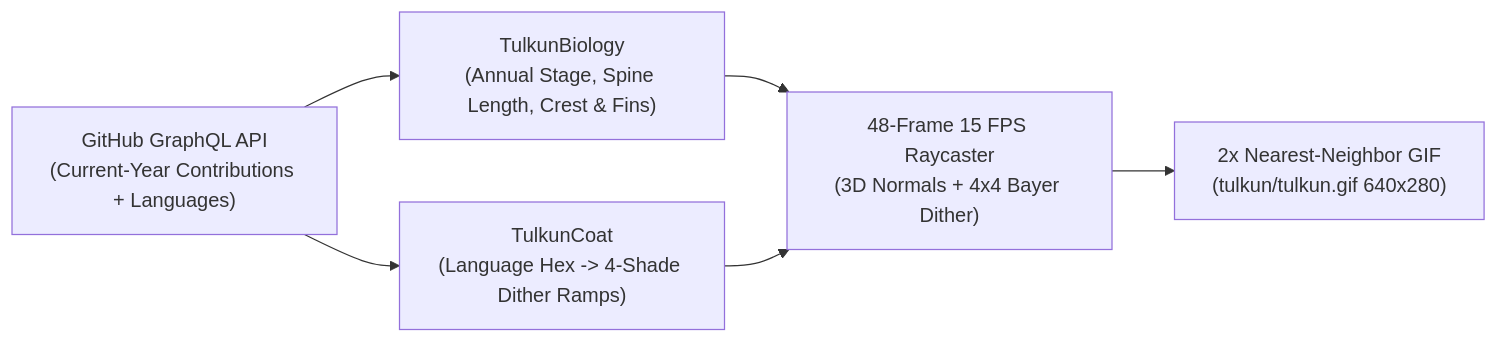
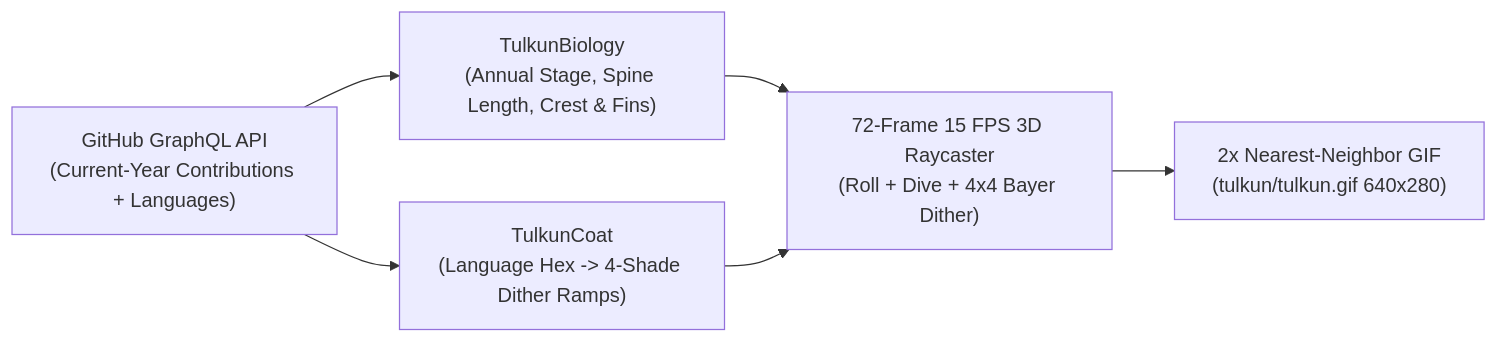
One commit to PramudithaN/git-tulkun changed the diagram in README.md. Above: the diagram before and after it, drawn with Mermaid. The commit also changed other lines of this file and 2 other files, not shown here.

Commit message:
feat(render): add continuous 3D swim, bank, and top-down dorsal roll loop (v0.1.6)

````diff
--- a/README.md
+++ b/README.md
@@ -110,8 +110,8 @@
 ```mermaid
 flowchart LR
     A["GitHub GraphQL API\n(Current-Year Contributions + Languages)"] --> B["TulkunBiology\n(Annual Stage, Spine Length, Crest & Fins)"]
     A --> C["TulkunCoat\n(Language Hex -> 4-Shade Dither Ramps)"]
-    B --> D["48-Frame 15 FPS Raycaster\n(3D Normals + 4x4 Bayer Dither)"]
+    B --> D["72-Frame 15 FPS 3D Raycaster\n(Roll + Dive + 4x4 Bayer Dither)"]
     C --> D
     D --> E["2x Nearest-Neighbor GIF\n(tulkun/tulkun.gif 640x280)"]
 ```
````
